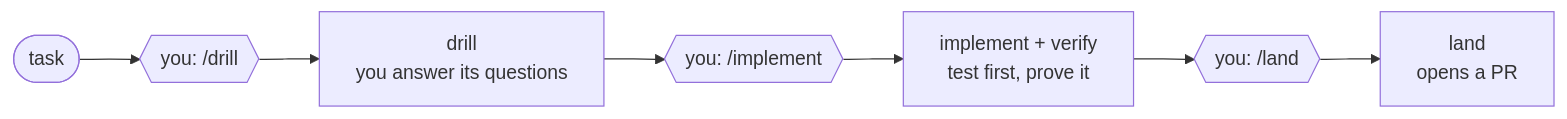
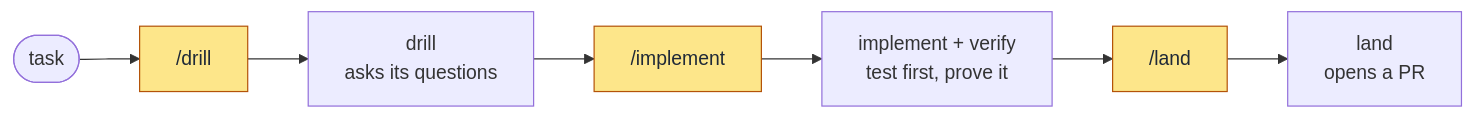
One commit to pwguler/skills changed the first of 2 diagrams in README.md. Above: the diagram before and after it, drawn with Mermaid. The commit also changed other lines of this file, not shown here.

Commit message:
readme: mark the commands the user types by color instead of 'you:' labels
Both flows draw /drill, /implement, /land, and /auto as yellow boxes, every other step as a plain box, and the caption names the color. Rendered with mermaid-cli and read before committing.

````diff
--- a/README.md
+++ b/README.md
@@ -57,9 +57,11 @@
 ```mermaid
 flowchart LR
-    task([task]) --> y1{{"you: /drill"}}
-    y1 --> drill["drill<br/>you answer its questions"]
-    drill --> y2{{"you: /implement"}}
+    task([task]) --> y1["/drill"]
+    y1 --> drill["drill<br/>asks its questions"]
+    drill --> y2["/implement"]
     y2 --> impl["implement + verify<br/>test first, prove it"]
-    impl --> y3{{"you: /land"}}
+    impl --> y3["/land"]
     y3 --> land["land<br/>opens a PR"]
+    classDef you fill:#fde68a,stroke:#b45309,color:#1f2937
+    class y1,y2,y3 you
 ```
````
